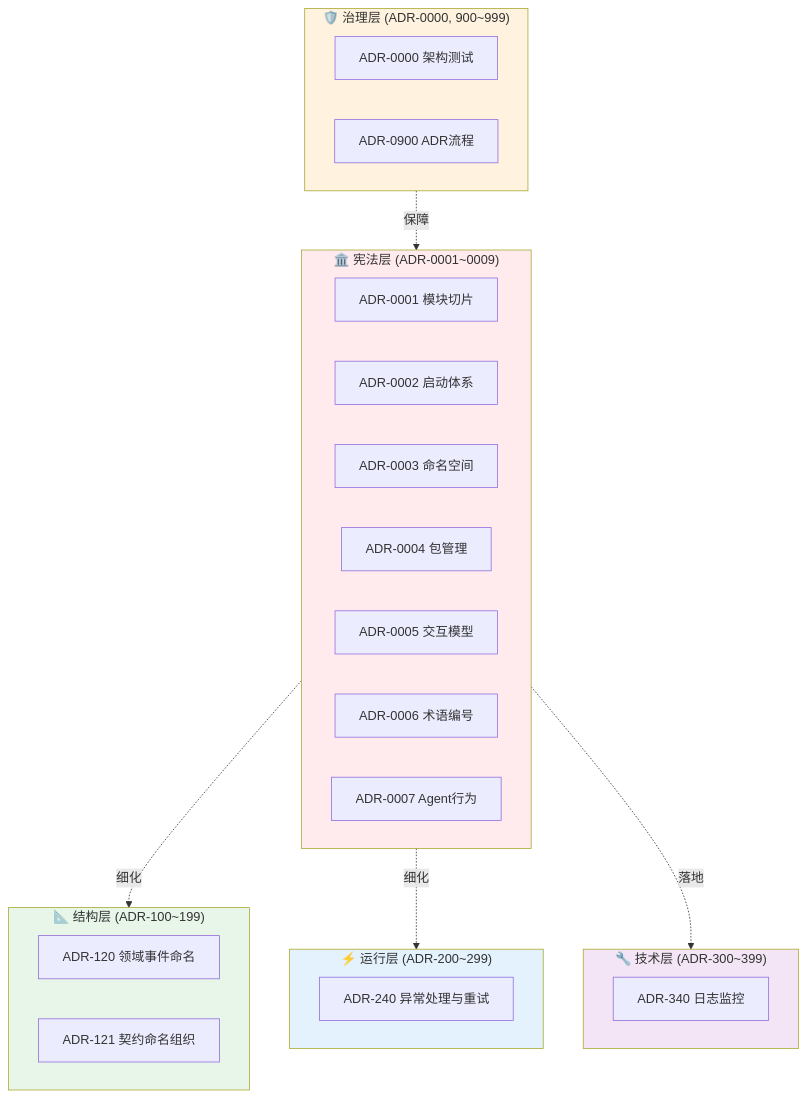
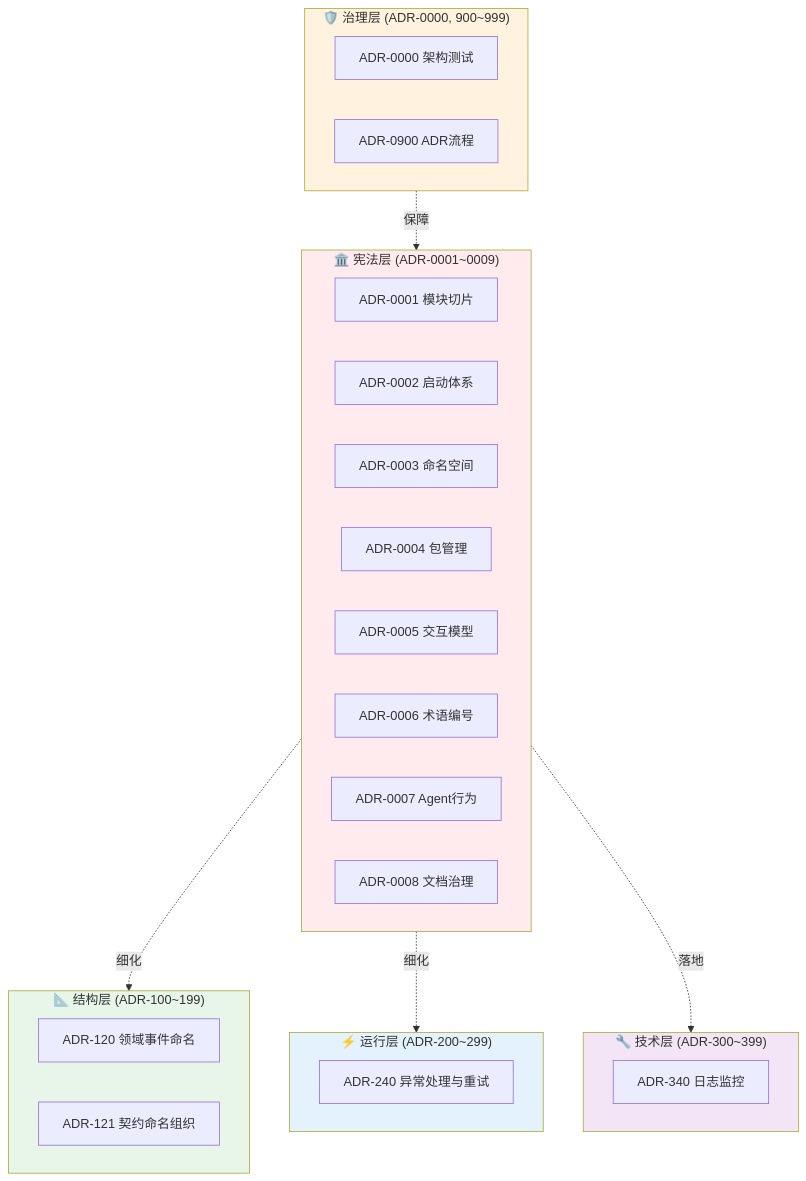
The diagram in docs/adr/README.md (douhuaa/Zss.BilliardHall), drawn with Mermaid before and after one commit. The commit also changed other lines of this file and 4 other files, not shown here.

````diff
--- a/docs/adr/README.md
+++ b/docs/adr/README.md
@@ -78,40 +78,41 @@
 ```mermaid
 graph TB
     subgraph Constitutional["🏛️ 宪法层 (ADR-0001~0009)"]
         C1[ADR-0001 模块切片]
         C2[ADR-0002 启动体系]
         C3[ADR-0003 命名空间]
         C4[ADR-0004 包管理]
         C5[ADR-0005 交互模型]
         C6[ADR-0006 术语编号]
         C7[ADR-0007 Agent行为]
+        C8[ADR-0008 文档治理]
     end
 
     subgraph Governance["🛡️ 治理层 (ADR-0000, 900~999)"]
         G0[ADR-0000 架构测试]
         G900[ADR-0900 ADR流程]
     end
 
     subgraph Structure["📐 结构层 (ADR-100~199)"]
         S120[ADR-120 领域事件命名]
         S121[ADR-121 契约命名组织]
     end
 
     subgraph Runtime["⚡ 运行层 (ADR-200~299)"]
         R240[ADR-240 异常处理与重试]
     end
 
     subgraph Technical["🔧 技术层 (ADR-300~399)"]
         T340[ADR-340 日志监控]
     end
 
     Governance -. 保障 .-> Constitutional
     Constitutional -. 细化 .-> Structure
     Constitutional -. 细化 .-> Runtime
     Constitutional -. 落地 .-> Technical
     style Constitutional fill: #ffebee
     style Governance fill: #fff3e0
     style Structure fill: #e8f5e9
     style Runtime fill: #e3f2fd
     style Technical fill: #f3e5f5
 ```
````
